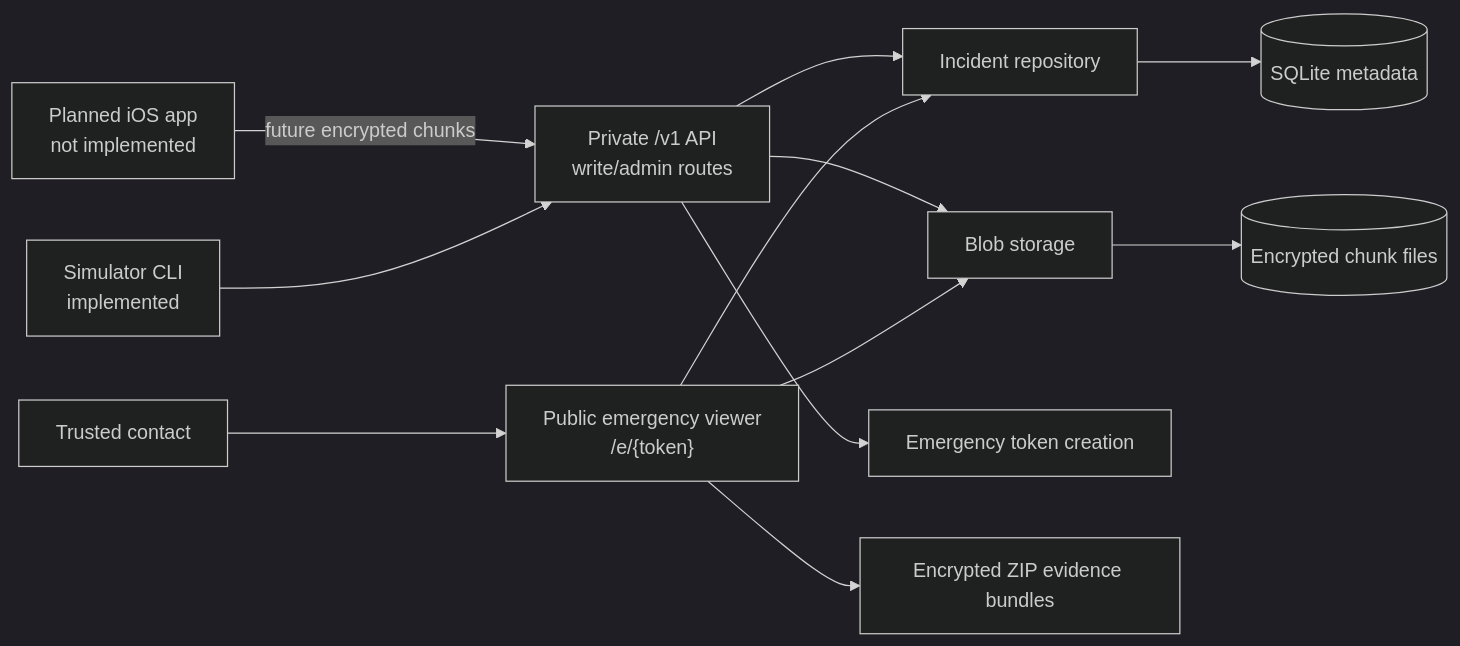
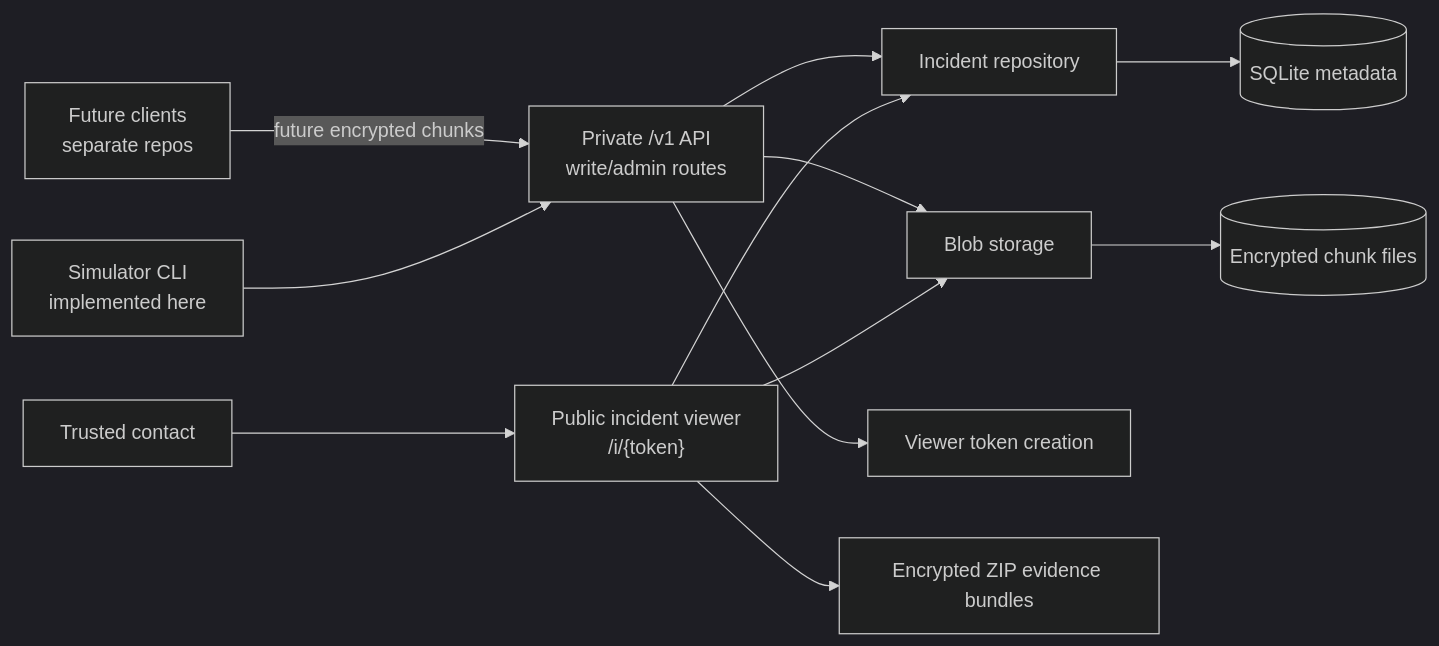
One commit to open-proofline/server changed the first of 4 diagrams in docs/architecture.md. Above: the diagram before and after it, drawn with Mermaid (dark theme). The commit also changed other lines of this file and 100 other files, not shown here.

````diff
--- a/docs/architecture.md
+++ b/docs/architecture.md
@@ -9,14 +13,14 @@
 ```mermaid
 flowchart LR
-    FutureClient["Planned iOS app<br/>not implemented"] -->|"future encrypted chunks"| PrivateAPI["Private /v1 API<br/>write/admin routes"]
-    Simulator["Simulator CLI<br/>implemented"] --> PrivateAPI
+    FutureClients["Future clients<br/>separate repos"] -->|"future encrypted chunks"| PrivateAPI["Private /v1 API<br/>write/admin routes"]
+    Simulator["Simulator CLI<br/>implemented here"] --> PrivateAPI
     PrivateAPI --> Repo["Incident repository"]
     Repo --> DB[(SQLite metadata)]
     PrivateAPI --> Store["Blob storage"]
     Store --> Files[(Encrypted chunk files)]
-    PrivateAPI --> Token["Emergency token creation"]
-    Contact["Trusted contact"] --> Viewer["Public emergency viewer<br/>/e/{token}"]
+    PrivateAPI --> Token["Viewer token creation"]
+    Contact["Trusted contact"] --> Viewer["Public incident viewer<br/>/i/{token}"]
     Viewer --> Repo
     Viewer --> Store
     Viewer --> Bundle["Encrypted ZIP evidence bundles"]
 ```
````
